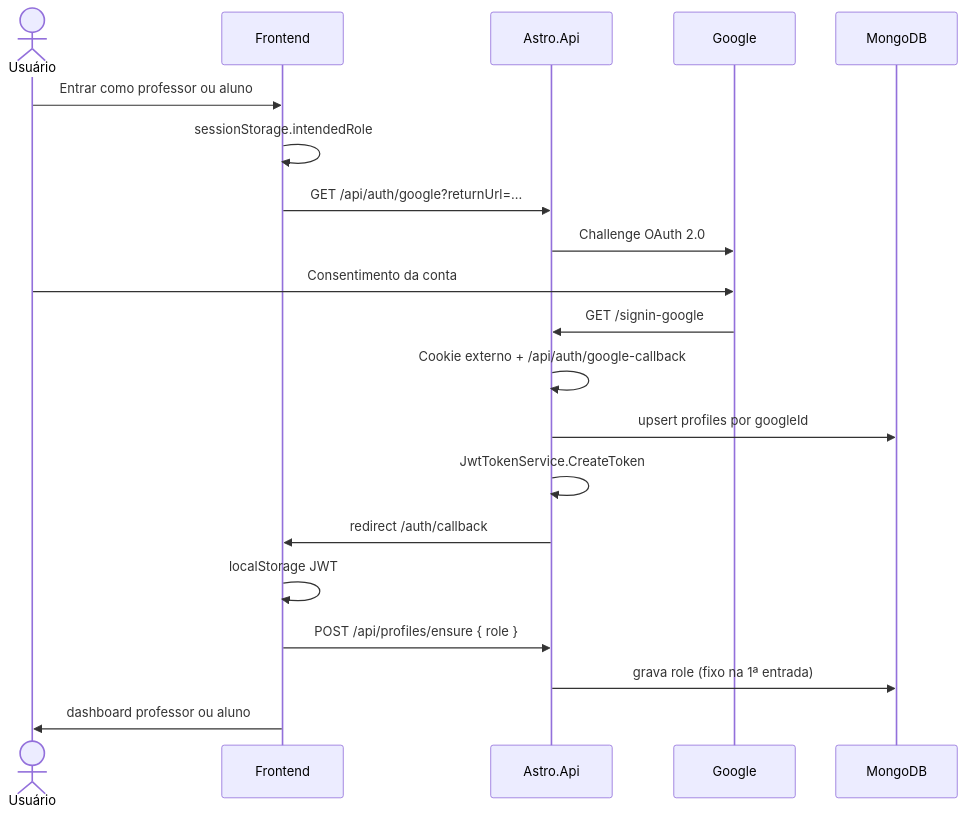
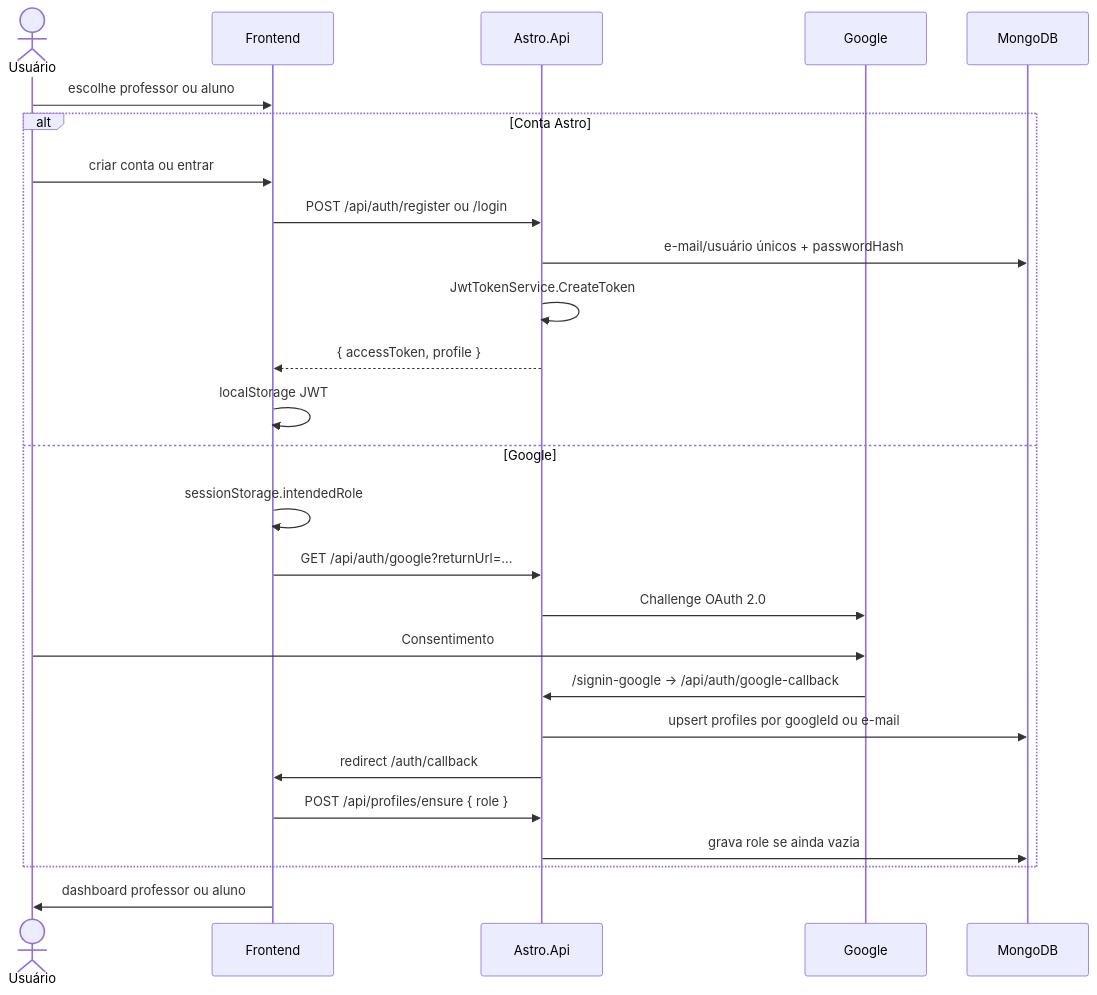
Before and after one commit to brenorosa10/Projeto_TCC: the third of 9 diagrams in docs/diagrama-arquitetura.md, drawn with Mermaid. The commit also changed other lines of this file and 31 other files, not shown here.

Commit message:
adição de criar conta e seção publica

````diff
--- a/docs/diagrama-arquitetura.md
+++ b/docs/diagrama-arquitetura.md
@@ -130,23 +161,29 @@
 ```mermaid
 sequenceDiagram
   actor U as Usuário
   participant FE as Frontend
   participant API as Astro.Api
   participant G as Google
   participant DB as MongoDB
 
-  U->>FE: Entrar como professor ou aluno
-  FE->>FE: sessionStorage.intendedRole
-  FE->>API: GET /api/auth/google?returnUrl=...
-  API->>G: Challenge OAuth 2.0
-  U->>G: Consentimento da conta
-  G->>API: GET /signin-google
-  API->>API: Cookie externo + /api/auth/google-callback
-  API->>DB: upsert profiles por googleId
-  API->>API: JwtTokenService.CreateToken
-  API->>FE: redirect /auth/callback#access_token
-  FE->>FE: localStorage JWT
-  FE->>API: POST /api/profiles/ensure { role }
-  API->>DB: grava role (fixo na 1ª entrada)
+  U->>FE: escolhe professor ou aluno
+  alt Conta Astro
+    U->>FE: criar conta ou entrar
+    FE->>API: POST /api/auth/register ou /login
+    API->>DB: e-mail/usuário únicos + passwordHash
+    API->>API: JwtTokenService.CreateToken
+    API-->>FE: { accessToken, profile }
+    FE->>FE: localStorage JWT
+  else Google
+    FE->>FE: sessionStorage.intendedRole
+    FE->>API: GET /api/auth/google?returnUrl=...
+    API->>G: Challenge OAuth 2.0
+    U->>G: Consentimento
+    G->>API: /signin-google → /api/auth/google-callback
+    API->>DB: upsert profiles por googleId ou e-mail
+    API->>FE: redirect /auth/callback#access_token
+    FE->>API: POST /api/profiles/ensure { role }
+    API->>DB: grava role se ainda vazia
+  end
   FE->>U: dashboard professor ou aluno
 ```
````
